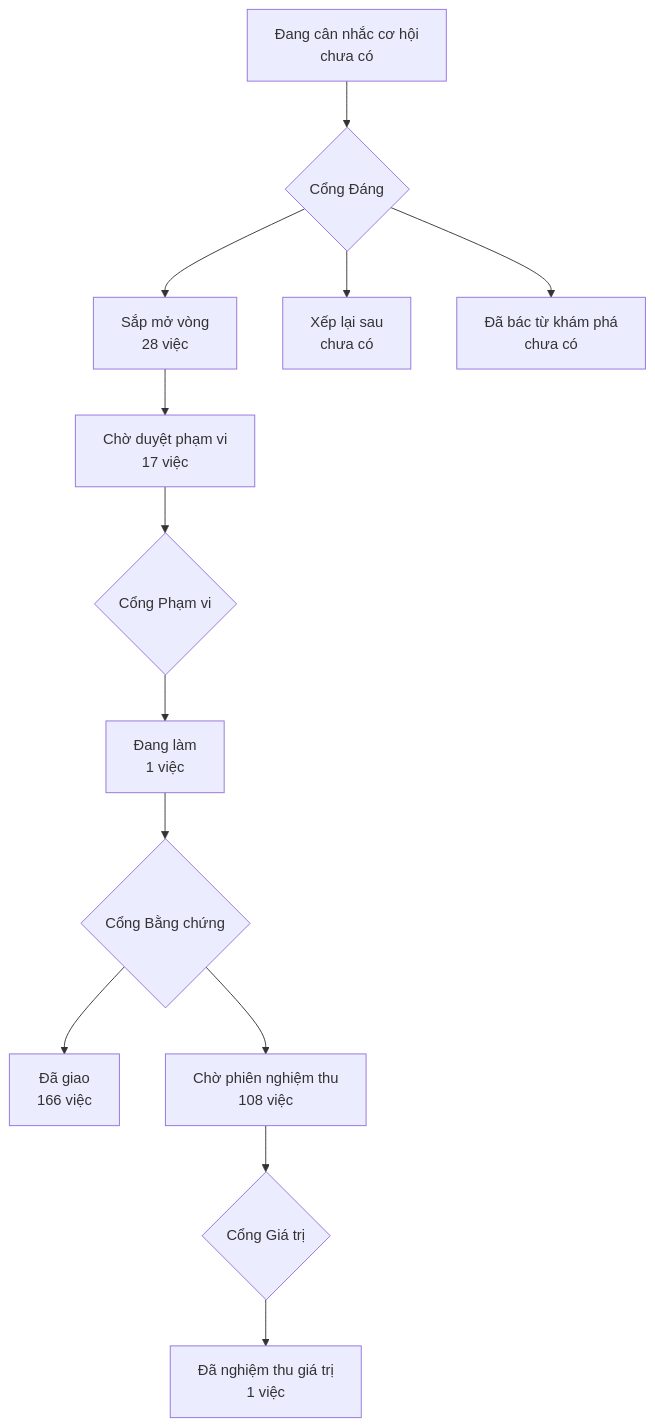
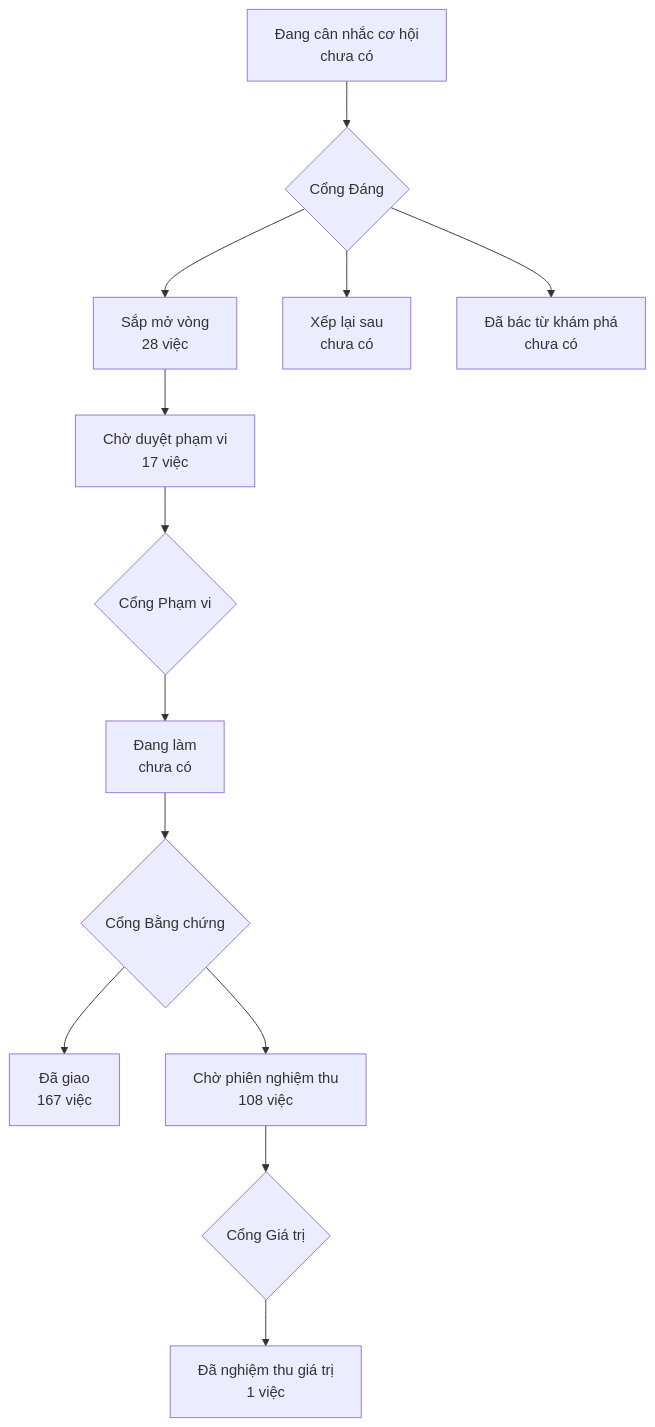
The diagram in PRODUCT-MAP.md (phanlemanh/onehub-invest), drawn with Mermaid before and after one commit. The commit also changed other lines of this file and 4 other files, not shown here.

````diff
--- a/PRODUCT-MAP.md
+++ b/PRODUCT-MAP.md
@@ -7,12 +7,12 @@
 ```mermaid
 flowchart TD
   A["Đang cân nhắc cơ hội<br/>chưa có"] --> GD{"Cổng Đáng"}
   GD --> B["Sắp mở vòng<br/>28 việc"]
   GD --> XL["Xếp lại sau<br/>chưa có"]
   GD --> DB["Đã bác từ khám phá<br/>chưa có"]
   B --> CD["Chờ duyệt phạm vi<br/>17 việc"] --> GP{"Cổng Phạm vi"}
-  GP --> DL["Đang làm<br/>1 việc"] --> GB{"Cổng Bằng chứng"}
-  GB --> DG["Đã giao<br/>166 việc"]
+  GP --> DL["Đang làm<br/>chưa có"] --> GB{"Cổng Bằng chứng"}
+  GB --> DG["Đã giao<br/>167 việc"]
   GB --> CN["Chờ phiên nghiệm thu<br/>108 việc"] --> GG{"Cổng Giá trị"}
   GG --> NT["Đã nghiệm thu giá trị<br/>1 việc"]
 ```
````
